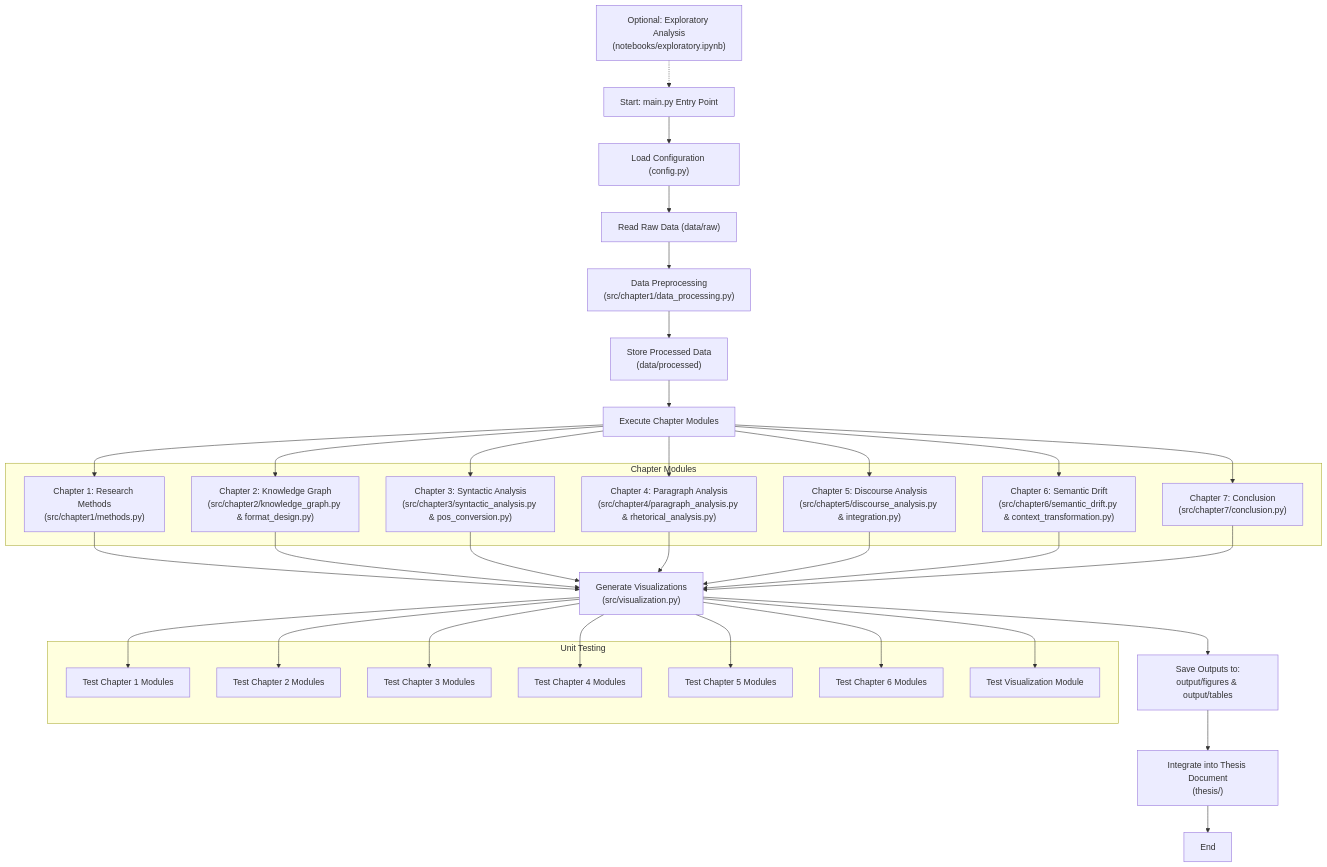
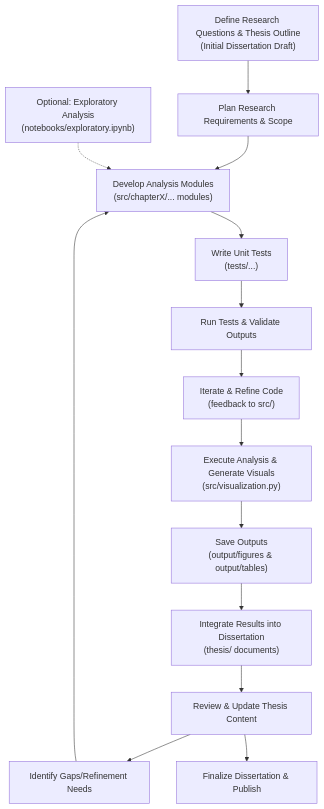
The diagram in README.md (Taoyi-Chiang/thesis-repo), drawn with Mermaid before and after one commit.

````diff
--- a/README.md
+++ b/README.md
@@ -68,52 +68,27 @@
 ```mermaid
 flowchart TD
-    A["Start: main.py Entry Point"] --> B["Load Configuration (config.py)"]
-    B --> C["Read Raw Data (data/raw)"]
-    C --> D["Data Preprocessing\n(src/chapter1/data_processing.py)"]
-    D --> E["Store Processed Data\n(data/processed)"]
-    E --> F["Execute Chapter Modules"]
+    %% Phase 1: Research Planning
+    A["Define Research Questions & Thesis Outline\n(Initial Dissertation Draft)"] --> B["Plan Research Requirements & Scope"]
     
-    subgraph Chapters[Chapter Modules]
-      F1["Chapter 1: Research Methods\n(src/chapter1/methods.py)"]
-      F2["Chapter 2: Knowledge Graph\n(src/chapter2/knowledge_graph.py & format_design.py)"]
-      F3["Chapter 3: Syntactic Analysis\n(src/chapter3/syntactic_analysis.py & pos_conversion.py)"]
-      F4["Chapter 4: Paragraph Analysis\n(src/chapter4/paragraph_analysis.py & rhetorical_analysis.py)"]
-      F5["Chapter 5: Discourse Analysis\n(src/chapter5/discourse_analysis.py & integration.py)"]
-      F6["Chapter 6: Semantic Drift\n(src/chapter6/semantic_drift.py & context_transformation.py)"]
-      F7["Chapter 7: Conclusion\n(src/chapter7/conclusion.py)"]
-    end
+    %% Phase 2: Development & Analysis
+    B --> C["Develop Analysis Modules\n(src/chapterX/... modules)"]
+    C --> D["Write Unit Tests\n(tests/...)"]
+    D --> E["Run Tests & Validate Outputs"]
+    E --> F["Iterate & Refine Code\n(feedback to src/)"]
+    F --> G["Execute Analysis & Generate Visuals\n(src/visualization.py)"]
+    G --> H["Save Outputs\n(output/figures & output/tables)"]
     
-    F --> F1
-    F --> F2
-    F --> F3
-    F --> F4
-    F --> F5
-    F --> F6
-    F --> F7
-
-    F1 & F2 & F3 & F4 & F5 & F6 & F7 --> G["Generate Visualizations\n(src/visualization.py)"]
-    G --> H["Save Outputs to:\noutput/figures & output/tables"]
-    H --> I["Integrate into Thesis Document\n(thesis/)"]
-    I --> J["End"]
-
-    subgraph UnitTests["Unit Testing"]
-      T1["Test Chapter 1 Modules"]
-      T2["Test Chapter 2 Modules"]
-      T3["Test Chapter 3 Modules"]
-      T4["Test Chapter 4 Modules"]
-      T5["Test Chapter 5 Modules"]
-      T6["Test Chapter 6 Modules"]
-      T7["Test Visualization Module"]
-    end
-
-    G --> T1
-    G --> T2
-    G --> T3
-    G --> T4
-    G --> T5
-    G --> T6
-    G --> T7
-
-    K["Optional: Exploratory Analysis\n(notebooks/exploratory.ipynb)"] -.-> A
-
+    %% Phase 3: Exploratory Analysis
+    J["Optional: Exploratory Analysis\n(notebooks/exploratory.ipynb)"] -.-> C
+    
+    %% Phase 4: Dissertation Writing & Integration
+    H --> K["Integrate Results into Dissertation\n(thesis/ documents)"]
+    K --> L["Review & Update Thesis Content"]
+    
+    %% Feedback Loop from Dissertation
+    L --> M["Identify Gaps/Refinement Needs"]
+    M --> C
+    
+    %% Final Release
+    L --> N["Finalize Dissertation & Publish"]
 ```
````
